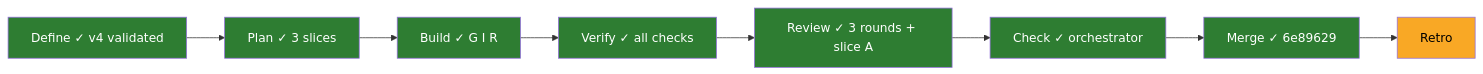
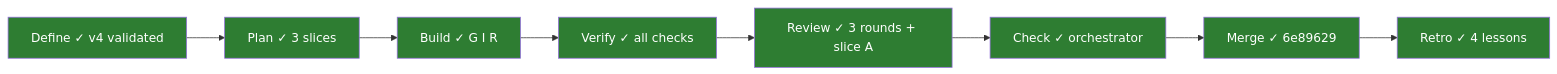
Before and after one commit to PaliCanon/learn-pali: the first of 2 diagrams in .task/031-deploy-hardening.md, drawn with Mermaid. The commit also changed other lines of this file, not shown here.

Commit message:
chore(task): 031 retro validated

````diff
--- a/.task/031-deploy-hardening.md
+++ b/.task/031-deploy-hardening.md
@@ -14,7 +14,7 @@
 ```mermaid
 flowchart LR
-  Define["Define ✓ v4 validated"]:::done --> Plan["Plan ✓ 3 slices"]:::done --> Build["Build ✓ G I R"]:::done --> Verify["Verify ✓ all checks"]:::done --> Review["Review ✓ 3 rounds + slice A"]:::done --> Check["Check ✓ orchestrator"]:::done --> Merge["Merge ✓ 6e89629"]:::done --> Retro:::doing
+  Define["Define ✓ v4 validated"]:::done --> Plan["Plan ✓ 3 slices"]:::done --> Build["Build ✓ G I R"]:::done --> Verify["Verify ✓ all checks"]:::done --> Review["Review ✓ 3 rounds + slice A"]:::done --> Check["Check ✓ orchestrator"]:::done --> Merge["Merge ✓ 6e89629"]:::done --> Retro["Retro ✓ 4 lessons"]:::done
   classDef doing fill:#f9a825,color:#000
   classDef done fill:#2e7d32,color:#fff
   classDef todo fill:#9e9e9e,color:#fff
 ```
````
